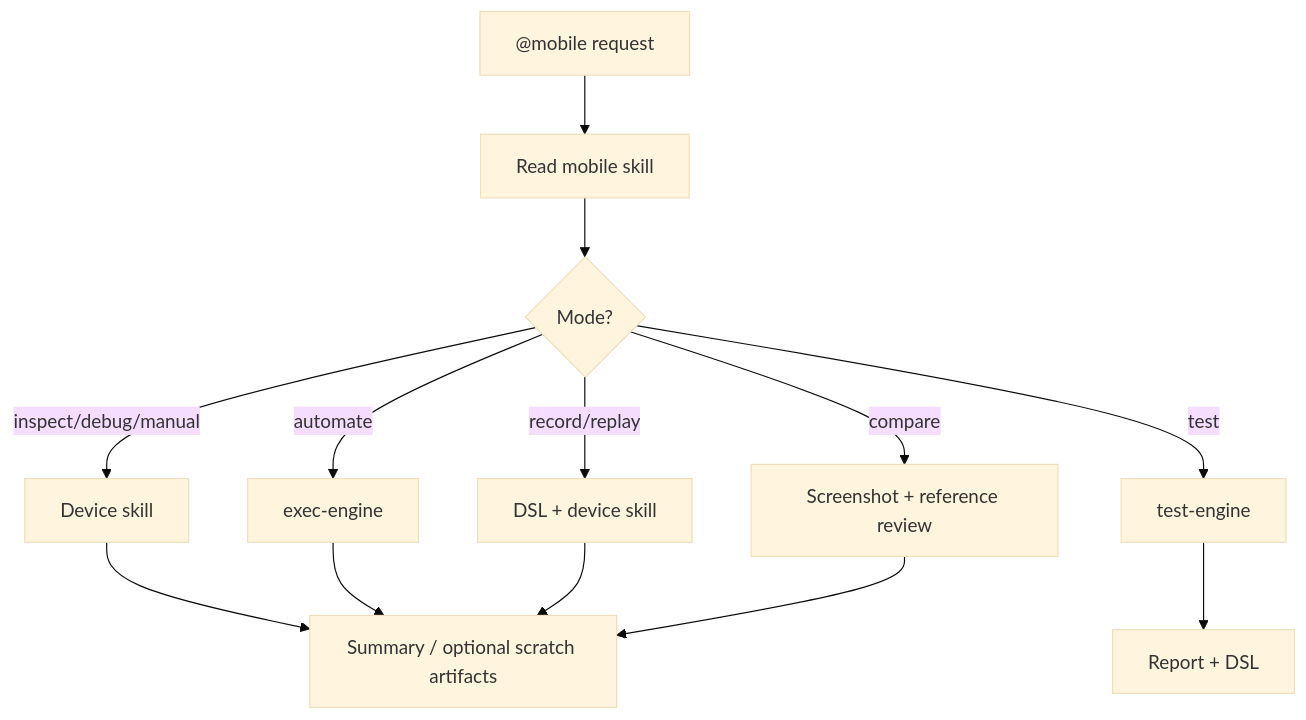
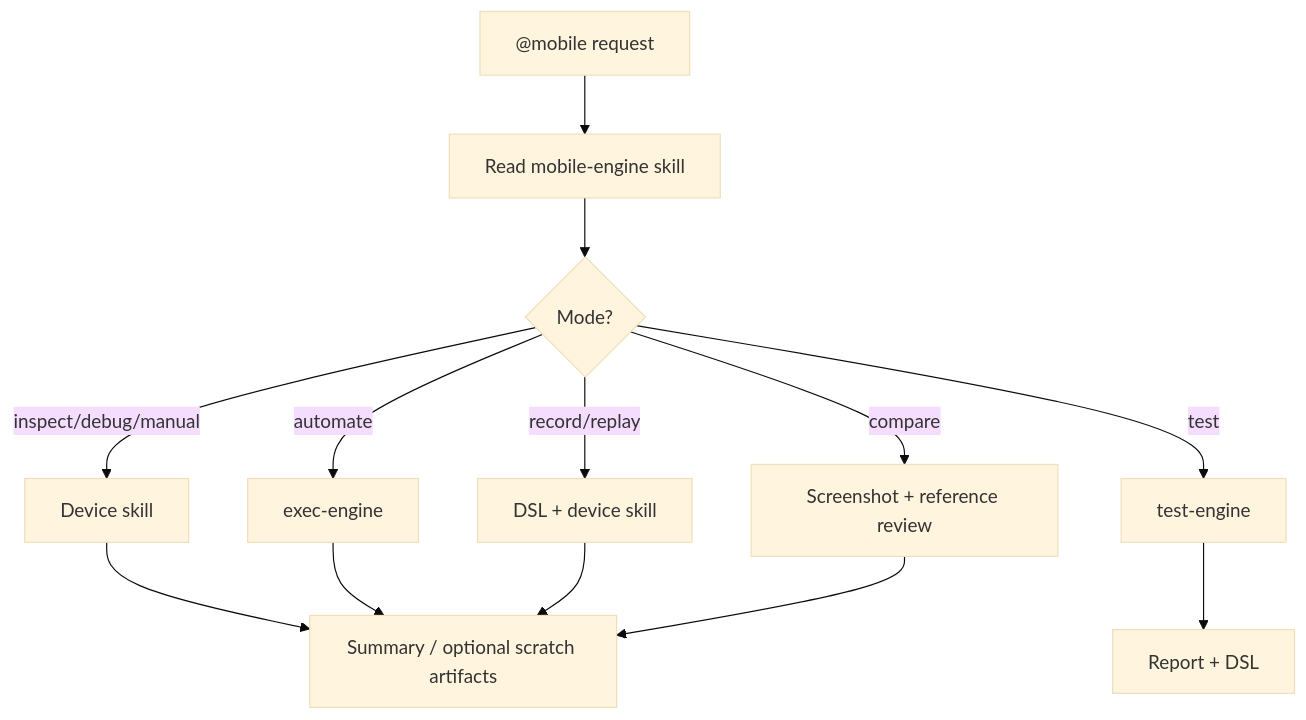
The diagram in pack/workflows/mobile.md (amirghm/tapwright), drawn with Mermaid (base theme) before and after one commit. The commit also changed other lines of this file and 7 other files, not shown here.

````diff
--- a/pack/workflows/mobile.md
+++ b/pack/workflows/mobile.md
@@ -75,15 +71,15 @@
 ```mermaid
 flowchart TD
-    A["@mobile request"] --> B[Read mobile skill]
+    A["@mobile request"] --> B[Read mobile-engine skill]
     B --> C{Mode?}
     C -->|inspect/debug/manual| D[Device skill]
     C -->|automate| E[exec-engine]
     C -->|test| F[test-engine]
     C -->|record/replay| G[DSL + device skill]
     C -->|compare| H[Screenshot + reference review]
     D --> I[Summary / optional scratch artifacts]
     E --> I
     F --> J[Report + DSL]
     G --> I
     H --> I
 ```
````
